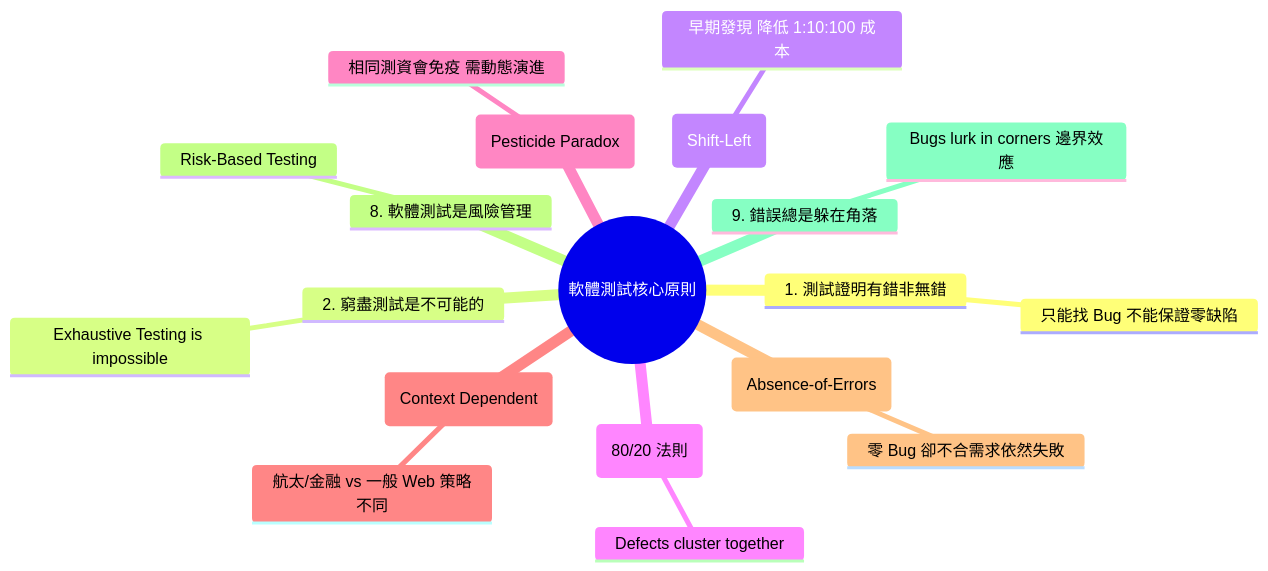
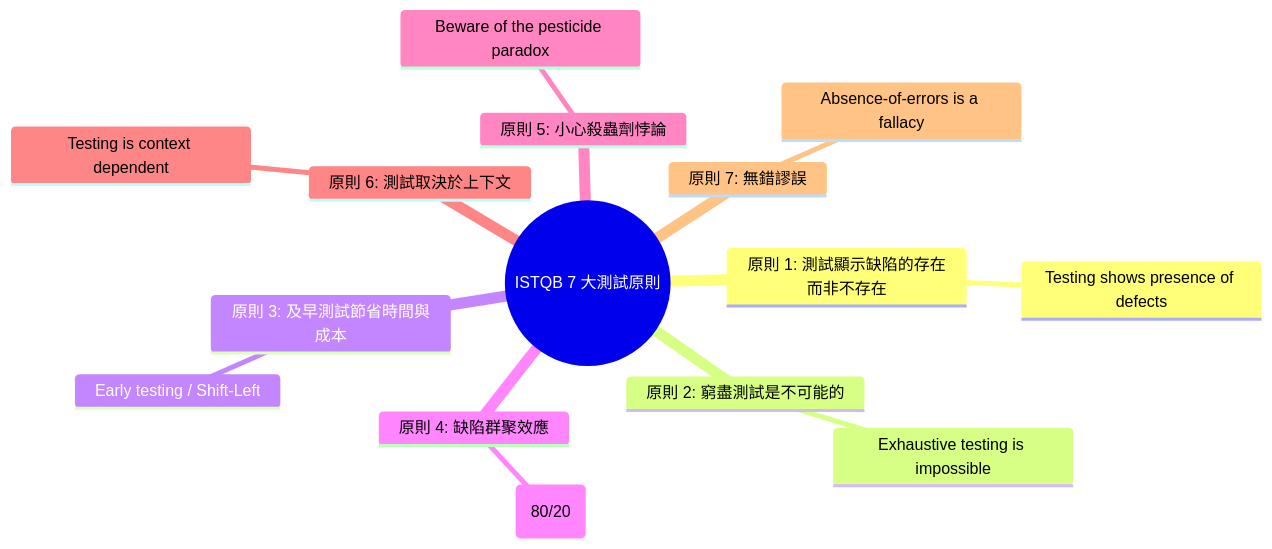
One commit to nlhsueh/teach_SQA changed the first of 2 diagrams in Lecture/ch03_testing.md. Above: the diagram before and after it, drawn with Mermaid. The commit also changed other lines of this file, not shown here.

Commit message:
fix(ch03): strictly align 3.1 structure and numbering with ISTQB CTFL 7 principles

````diff
--- a/Lecture/ch03_testing.md
+++ b/Lecture/ch03_testing.md
@@ -30,22 +30,18 @@
 ```mermaid
 mindmap
-  root((軟體測試核心原則))
-    1. 測試證明有錯非無錯
-      只能找 Bug 不能保證零缺陷
-    2. 窮盡測試是不可能的
-      Exhaustive Testing is impossible
-    3. 測試及早介入 (Shift-Left)
-      早期發現 降低 1:10:100 成本
-    4. 缺陷群聚效應 (80/20 法則)
-      Defects cluster together
-    5. 殺蟲劑悖論 (Pesticide Paradox)
-      相同測資會免疫 需動態演進
-    6. 測試取決於上下文 (Context Dependent)
-      航太/金融 vs 一般 Web 策略不同
-    7. 無錯謬誤 (Absence-of-Errors)
-      零 Bug 卻不合需求依然失敗
-    8. 軟體測試是風險管理
-      Risk-Based Testing
-    9. 錯誤總是躲在角落
-      Bugs lurk in corners 邊界效應
+  root((ISTQB 7 大測試原則))
+    原則 1: 測試顯示缺陷的存在而非不存在
+      Testing shows presence of defects
+    原則 2: 窮盡測試是不可能的
+      Exhaustive testing is impossible
+    原則 3: 及早測試節省時間與成本
+      Early testing / Shift-Left
+    原則 4: 缺陷群聚效應
+      Defects cluster together (80/20)
+    原則 5: 小心殺蟲劑悖論
+      Beware of the pesticide paradox
+    原則 6: 測試取決於上下文
+      Testing is context dependent
+    原則 7: 無錯謬誤
+      Absence-of-errors is a fallacy
 ```
````
